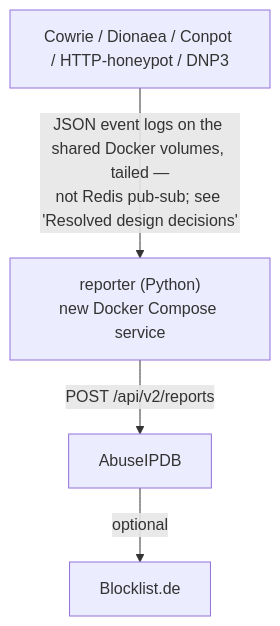
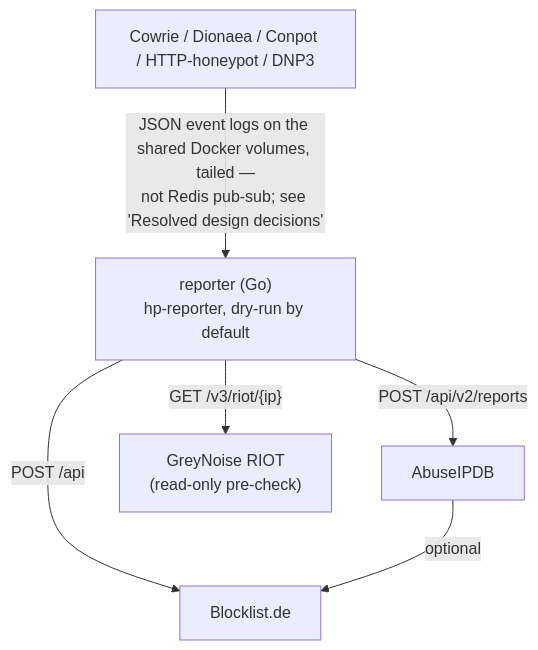
The first of 2 diagrams in docs/ip-reporting-plan.md (Xore/APIARY), drawn with Mermaid before and after one commit. The commit also changed other lines of this file and 84 other files, not shown here.

First line of the commit message:
docs: reconcile 43 markdown files with the current repository state, and gate diagram/link rot (#3398)

````diff
--- a/docs/ip-reporting-plan.md
+++ b/docs/ip-reporting-plan.md
@@ -58,11 +61,14 @@
 ```mermaid
 flowchart TD
     Sensors["Cowrie / Dionaea / Conpot / HTTP-honeypot / DNP3"]
-    Reporter["reporter (Python)<br/>new Docker Compose service"]
+    Reporter["reporter (Go)<br/>hp-reporter, dry-run by default"]
     AbuseIPDB["AbuseIPDB"]
     Blocklist["Blocklist.de"]
+    GreyNoise["GreyNoise RIOT<br/>(read-only pre-check)"]
 
     Sensors -->|"JSON event logs on the shared Docker volumes, tailed —<br/>not Redis pub-sub; see 'Resolved design decisions'"| Reporter
     Reporter -->|"POST /api/v2/reports"| AbuseIPDB
+    Reporter -->|"POST /api"| Blocklist
+    Reporter -->|"GET /v3/riot/{ip}"| GreyNoise
     AbuseIPDB -->|optional| Blocklist
 ```
````
